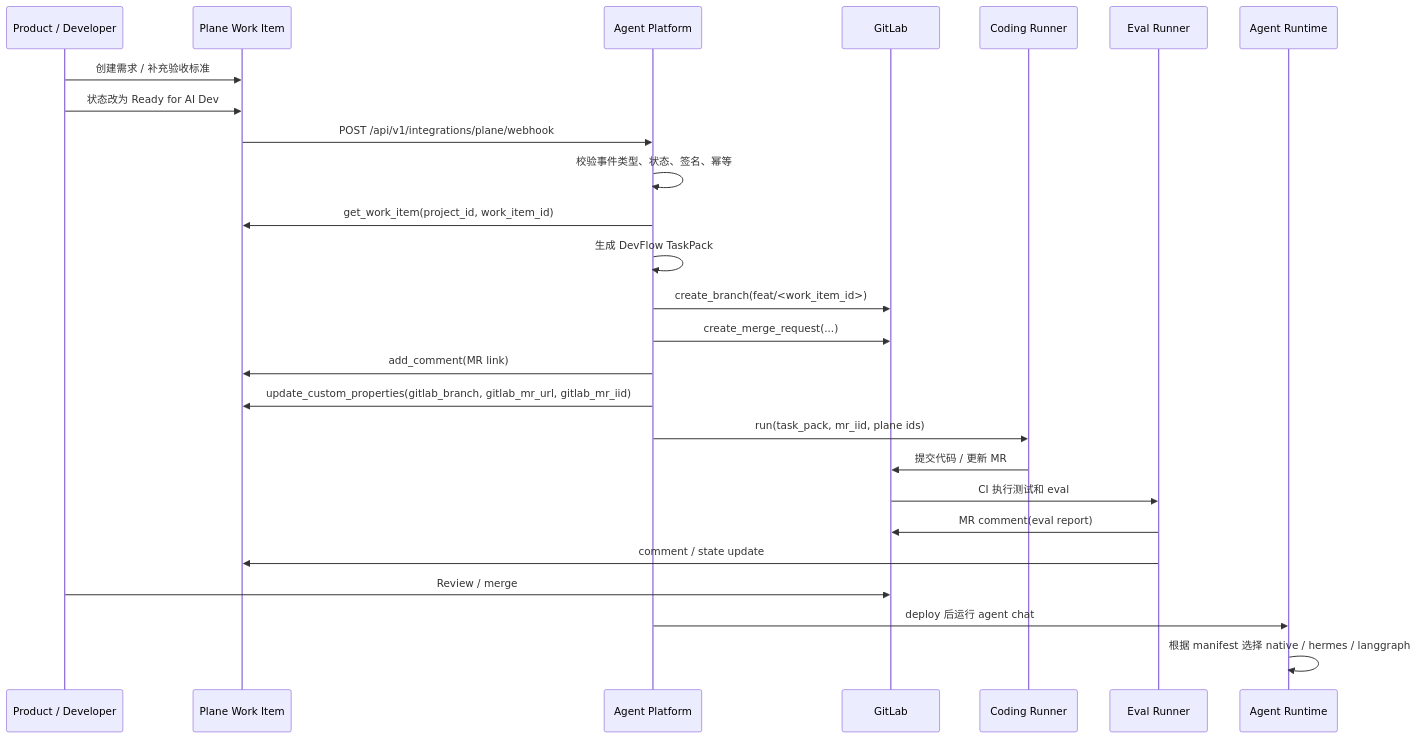
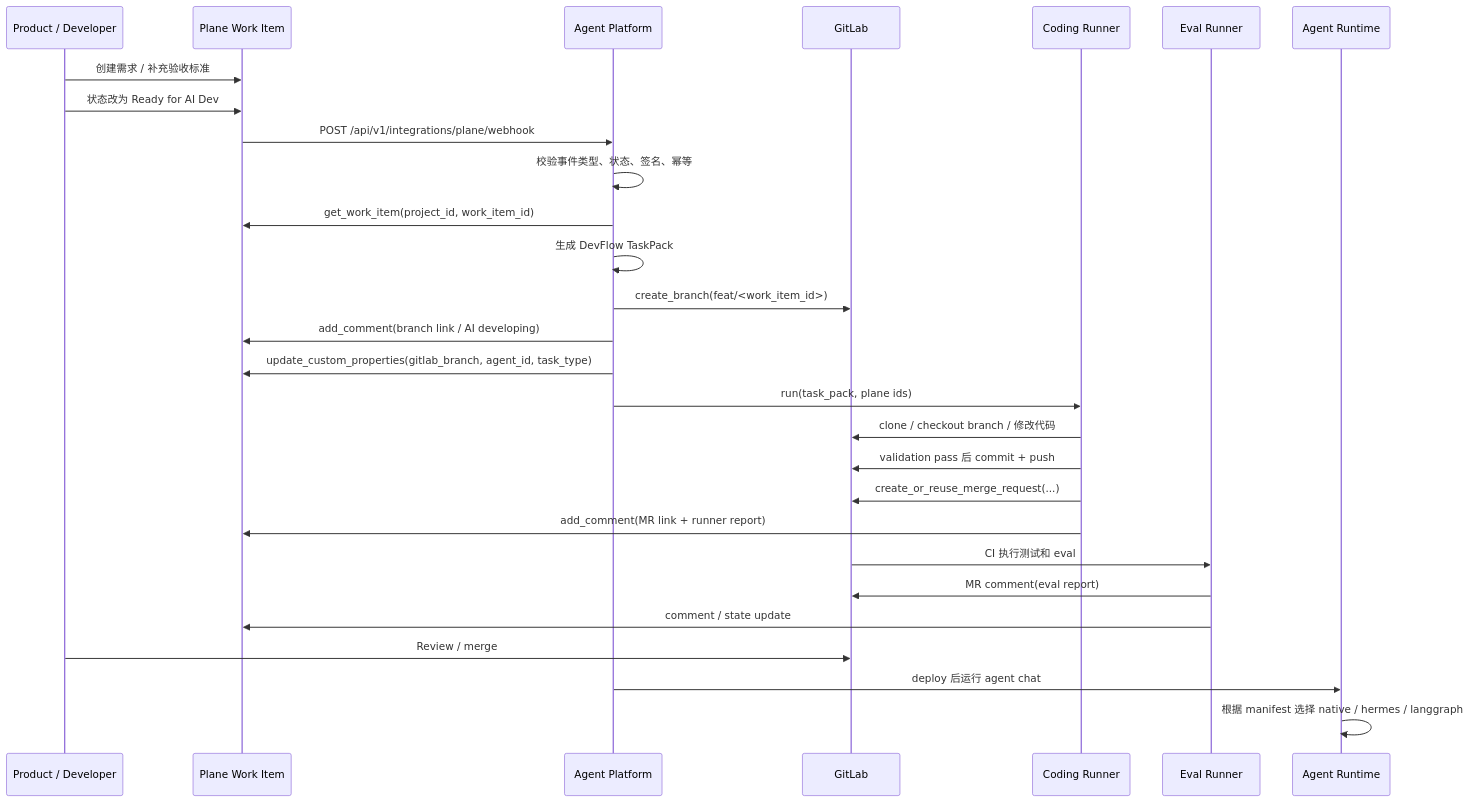
The third of 4 diagrams in docs/04-devflow/plane.md (agent-loom/loom), drawn with Mermaid before and after one commit. The commit also changed other lines of this file and 5 other files, not shown here.

````diff
--- a/docs/04-devflow/plane.md
+++ b/docs/04-devflow/plane.md
@@ -166,29 +166,31 @@
 ```mermaid
 sequenceDiagram
     participant Human as Product / Developer
     participant Plane as Plane Work Item
     participant AP as Agent Platform
     participant GitLab as GitLab
     participant Runner as Coding Runner
     participant Eval as Eval Runner
     participant Runtime as Agent Runtime
 
     Human->>Plane: 创建需求 / 补充验收标准
     Human->>Plane: 状态改为 Ready for AI Dev
     Plane->>AP: POST /api/v1/integrations/plane/webhook
     AP->>AP: 校验事件类型、状态、签名、幂等
     AP->>Plane: get_work_item(project_id, work_item_id)
     AP->>AP: 生成 DevFlow TaskPack
     AP->>GitLab: create_branch(feat/<work_item_id>)
-    AP->>GitLab: create_merge_request(...)
-    AP->>Plane: add_comment(MR link)
-    AP->>Plane: update_custom_properties(gitlab_branch, gitlab_mr_url, gitlab_mr_iid)
-    AP->>Runner: run(task_pack, mr_iid, plane ids)
-    Runner->>GitLab: 提交代码 / 更新 MR
+    AP->>Plane: add_comment(branch link / AI developing)
+    AP->>Plane: update_custom_properties(gitlab_branch, agent_id, task_type)
+    AP->>Runner: run(task_pack, plane ids)
+    Runner->>GitLab: clone / checkout branch / 修改代码
+    Runner->>GitLab: validation pass 后 commit + push
+    Runner->>GitLab: create_or_reuse_merge_request(...)
+    Runner->>Plane: add_comment(MR link + runner report)
     GitLab->>Eval: CI 执行测试和 eval
     Eval->>GitLab: MR comment(eval report)
     Eval->>Plane: comment / state update
     Human->>GitLab: Review / merge
     AP->>Runtime: deploy 后运行 agent chat
     Runtime->>Runtime: 根据 manifest 选择 native / hermes / langgraph
 ```
````
